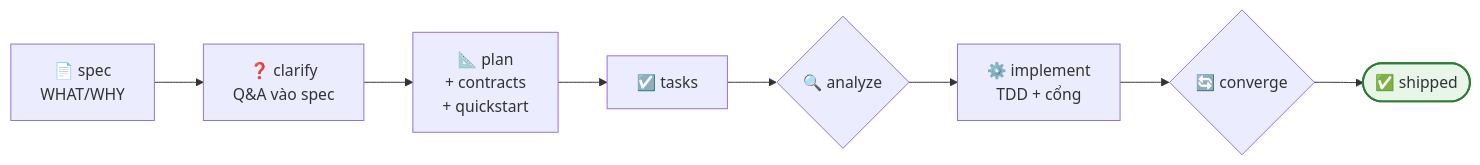
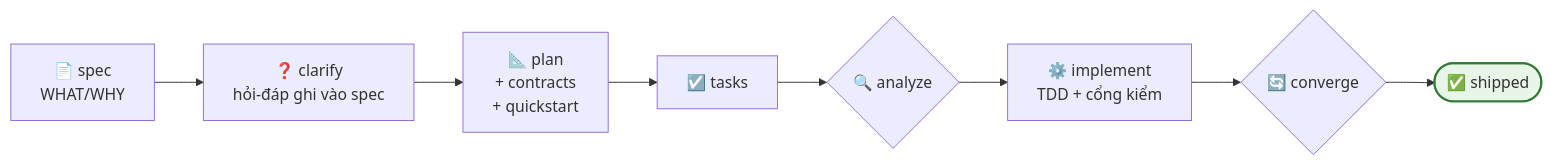
The second of 2 diagrams in README.vi.md (doxuta/ai-factory-kit), drawn with Mermaid before and after one commit. The commit also changed other lines of this file, not shown here.

````diff
--- a/README.vi.md
+++ b/README.vi.md
@@ -47,6 +48,6 @@
 ```mermaid
 flowchart LR
-    S["📄 spec<br/>WHAT/WHY"] --> C["❓ clarify<br/>Q&A vào spec"] --> P["📐 plan<br/>+ contracts<br/>+ quickstart"] --> T["☑️ tasks"]
-    T --> A{"🔍 analyze"} --> I["⚙️ implement<br/>TDD + cổng"] --> V{"🔄 converge"} --> D(["✅ shipped"])
+    S["📄 spec<br/>WHAT/WHY"] --> C["❓ clarify<br/>hỏi-đáp ghi vào spec"] --> P["📐 plan<br/>+ contracts<br/>+ quickstart"] --> T["☑️ tasks"]
+    T --> A{"🔍 analyze"} --> I["⚙️ implement<br/>TDD + cổng kiểm"] --> V{"🔄 converge"} --> D(["✅ shipped"])
     style D fill:#e8f5e9,stroke:#2e7d32,stroke-width:2px
 ```
````
